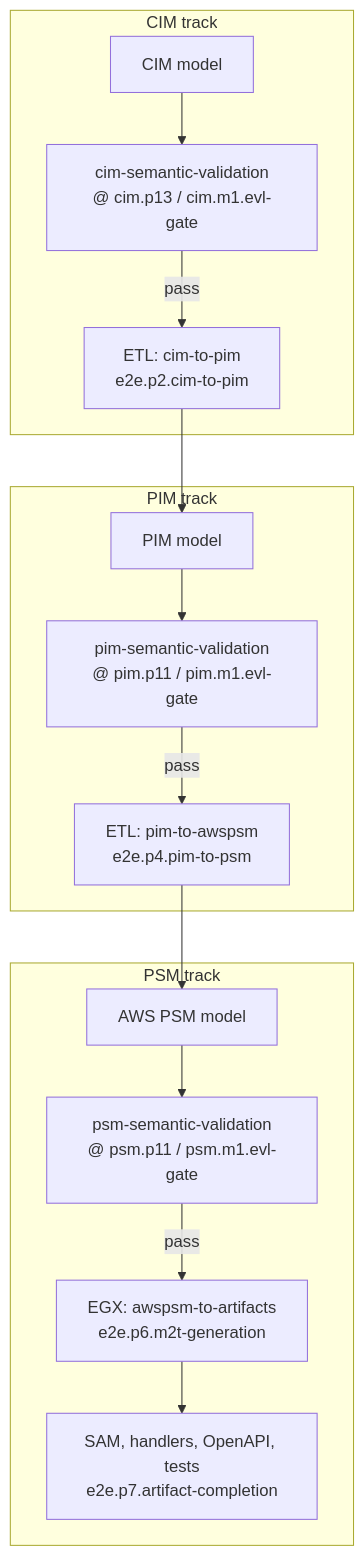
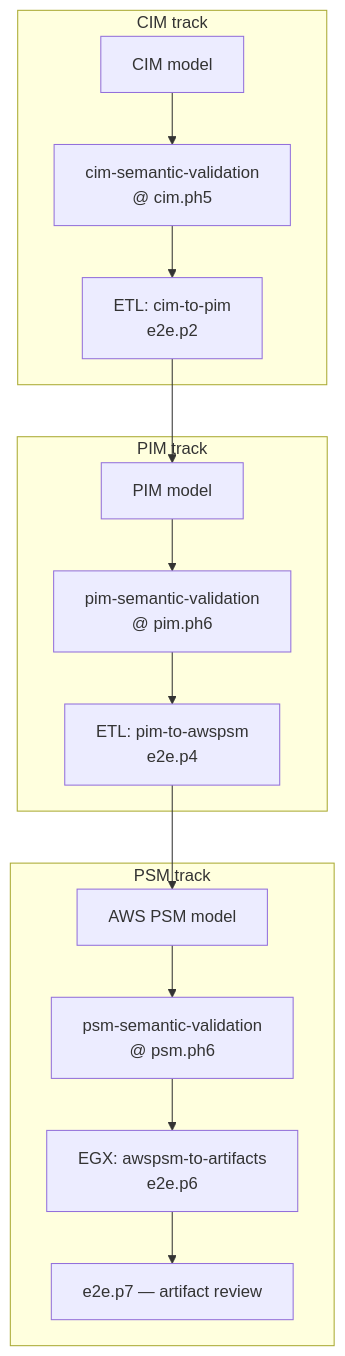
The second of 3 diagrams in docs/diagrams/27-end-to-end-methodology.md (mehdieidi/modriss), drawn with Mermaid before and after one commit. The commit also changed other lines of this file and 65 other files, not shown here.

````diff
--- a/docs/diagrams/27-end-to-end-methodology.md
+++ b/docs/diagrams/27-end-to-end-methodology.md
@@ -39,28 +38,25 @@
 ```mermaid
 flowchart TB
     subgraph cim["CIM track"]
         CIM["CIM model"]
-        EVL_CIM["cim-semantic-validation<br/>@ cim.p13 / cim.m1.evl-gate"]
-        ETL_CP["ETL: cim-to-pim<br/>e2e.p2.cim-to-pim"]
+        EVL_CIM["cim-semantic-validation<br/>@ cim.ph5"]
+        ETL_CP["ETL: cim-to-pim<br/>e2e.p2"]
     end
 
     subgraph pim["PIM track"]
         PIM["PIM model"]
-        EVL_PIM["pim-semantic-validation<br/>@ pim.p11 / pim.m1.evl-gate"]
-        ETL_PP["ETL: pim-to-awspsm<br/>e2e.p4.pim-to-psm"]
+        EVL_PIM["pim-semantic-validation<br/>@ pim.ph6"]
+        ETL_PP["ETL: pim-to-awspsm<br/>e2e.p4"]
     end
 
     subgraph psm["PSM track"]
         PSM["AWS PSM model"]
-        EVL_PSM["psm-semantic-validation<br/>@ psm.p11 / psm.m1.evl-gate"]
-        M2T["EGX: awspsm-to-artifacts<br/>e2e.p6.m2t-generation"]
-        ART["SAM, handlers, OpenAPI, tests<br/>e2e.p7.artifact-completion"]
+        EVL_PSM["psm-semantic-validation<br/>@ psm.ph6"]
+        M2T["EGX: awspsm-to-artifacts<br/>e2e.p6"]
+        ART["e2e.p7 — artifact review"]
     end
 
-    CIM --> EVL_CIM
-    EVL_CIM -->|"pass"| ETL_CP --> PIM
-    PIM --> EVL_PIM
-    EVL_PIM -->|"pass"| ETL_PP --> PSM
-    PSM --> EVL_PSM
-    EVL_PSM -->|"pass"| M2T --> ART
+    CIM --> EVL_CIM --> ETL_CP --> PIM
+    PIM --> EVL_PIM --> ETL_PP --> PSM
+    PSM --> EVL_PSM --> M2T --> ART
 ```
````
